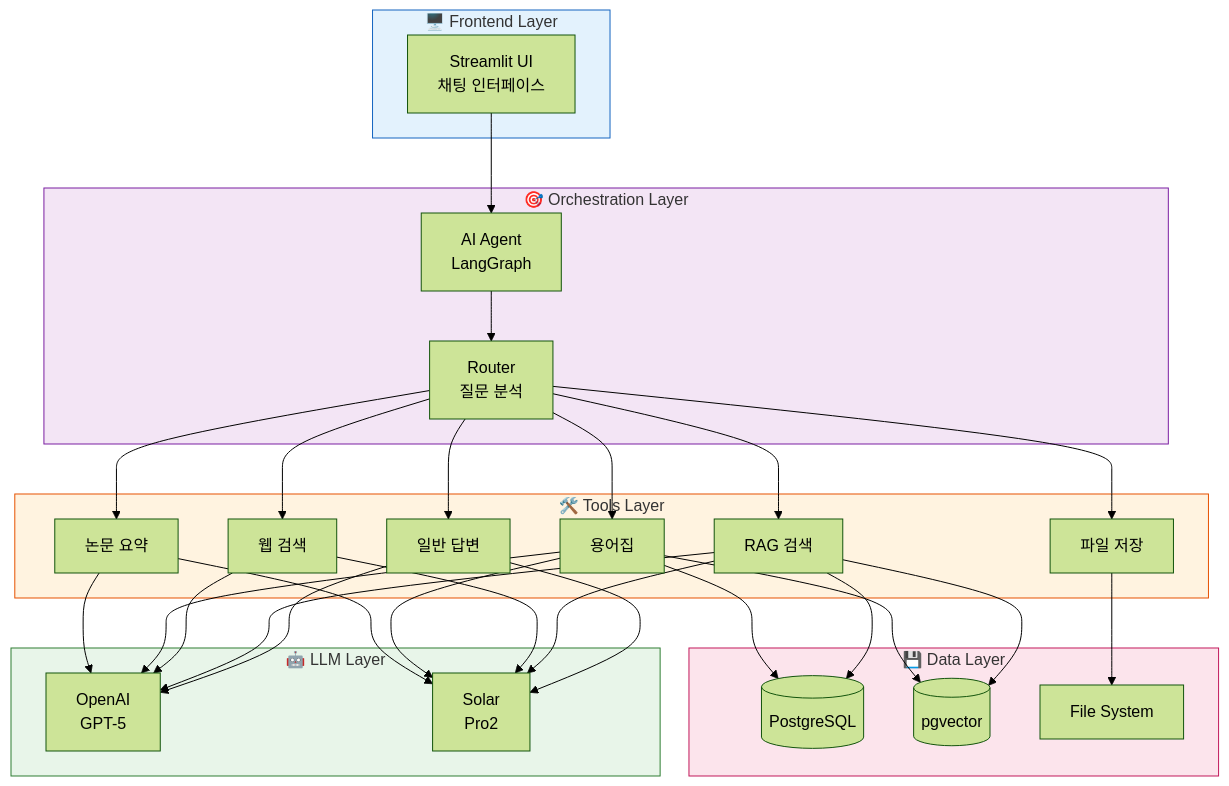
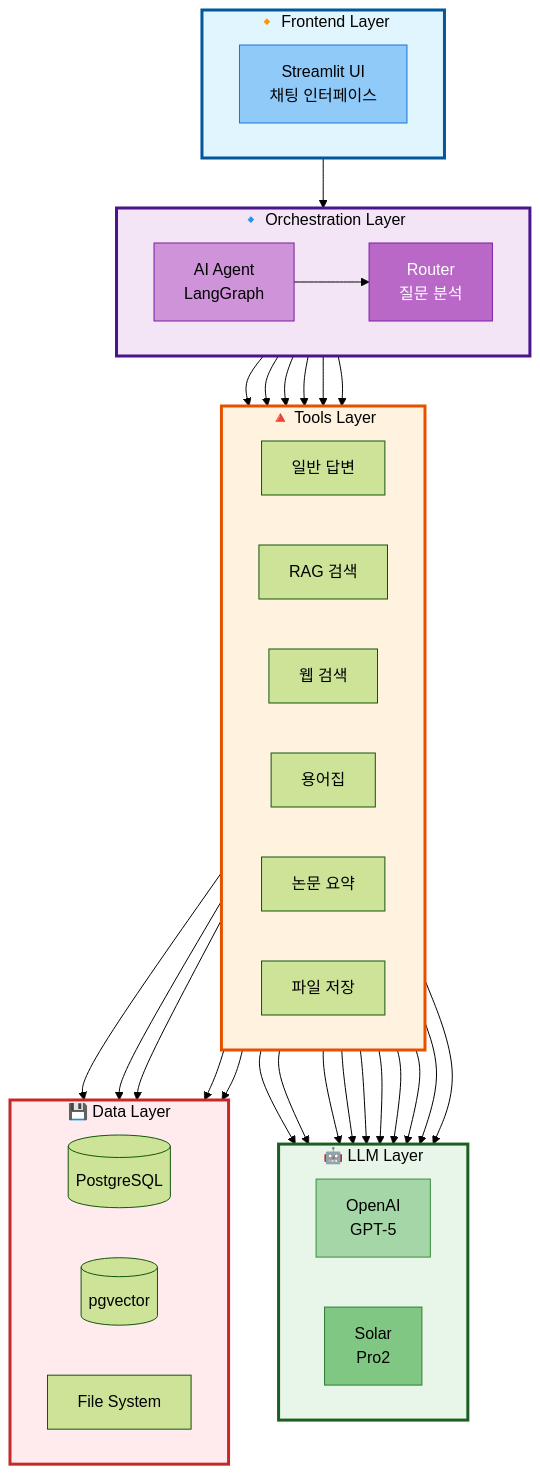
Before and after one commit to AIBootcamp14/langchainproject-new-langchainproject_5: the third of 8 diagrams in docs/PPT/02_프로젝트_목표_및_설계.md, drawn with Mermaid (forest theme). The commit also changed other lines of this file and 5 other files, not shown here.

First line of the commit message:
style(docs): PPT 문서에 mermaid 스타일 가이드 적용

````diff
--- a/docs/PPT/02_프로젝트_목표_및_설계.md
+++ b/docs/PPT/02_프로젝트_목표_및_설계.md
@@ -87,46 +189,59 @@
 ```mermaid
 graph TB
-    subgraph Frontend["🖥️ Frontend Layer"]
+    subgraph Frontend["🔸 Frontend Layer"]
+        direction LR
         UI[Streamlit UI<br/>채팅 인터페이스]
     end
 
-    subgraph Orchestration["🎯 Orchestration Layer"]
+    subgraph Orchestration["🔹 Orchestration Layer"]
+        direction LR
         AG[AI Agent<br/>LangGraph]
         RT[Router<br/>질문 분석]
+        AG --> RT
     end
 
-    subgraph Tools["🛠️ Tools Layer"]
+    subgraph Tools["🔺 Tools Layer"]
+        direction LR
         T1[일반 답변]
         T2[RAG 검색]
         T3[웹 검색]
         T4[용어집]
         T5[논문 요약]
         T6[파일 저장]
     end
 
-    subgraph LLM["🤖 LLM Layer"]
+    subgraph LLM_["🤖 LLM Layer"]
+        direction LR
         GPT[OpenAI<br/>GPT-5]
         Solar[Solar<br/>Pro2]
     end
 
     subgraph Data["💾 Data Layer"]
+        direction LR
         PG[(PostgreSQL)]
         VEC[(pgvector)]
         FS[File System]
     end
 
     UI --> AG
-    AG --> RT
     RT --> T1 & T2 & T3 & T4 & T5 & T6
     T1 & T2 & T3 & T4 & T5 --> GPT
     T1 & T2 & T3 & T4 & T5 --> Solar
     T2 & T4 --> VEC
     T2 & T4 --> PG
     T6 --> FS
 
-    style Frontend fill:#e3f2fd,stroke:#1565c0
-    style Orchestration fill:#f3e5f5,stroke:#7b1fa2
-    style Tools fill:#fff3e0,stroke:#e65100
-    style LLM fill:#e8f5e9,stroke:#2e7d32
-    style Data fill:#fce4ec,stroke:#c2185b
+    %% Subgraph 스타일
+    style Frontend fill:#e1f5ff,stroke:#01579b,stroke-width:3px,color:#000
+    style Orchestration fill:#f3e5f5,stroke:#4a148c,stroke-width:3px,color:#000
+    style Tools fill:#fff3e0,stroke:#e65100,stroke-width:3px,color:#000
+    style LLM_ fill:#e8f5e9,stroke:#1b5e20,stroke-width:3px,color:#000
+    style Data fill:#ffebee,stroke:#c62828,stroke-width:3px,color:#000
+
+    %% 노드 스타일
+    style UI fill:#90caf9,stroke:#1976d2,color:#000
+    style AG fill:#ce93d8,stroke:#7b1fa2,color:#000
+    style RT fill:#ba68c8,stroke:#7b1fa2,color:#fff
+    style GPT fill:#a5d6a7,stroke:#388e3c,color:#000
+    style Solar fill:#81c784,stroke:#2e7d32,color:#000
 ```
````
